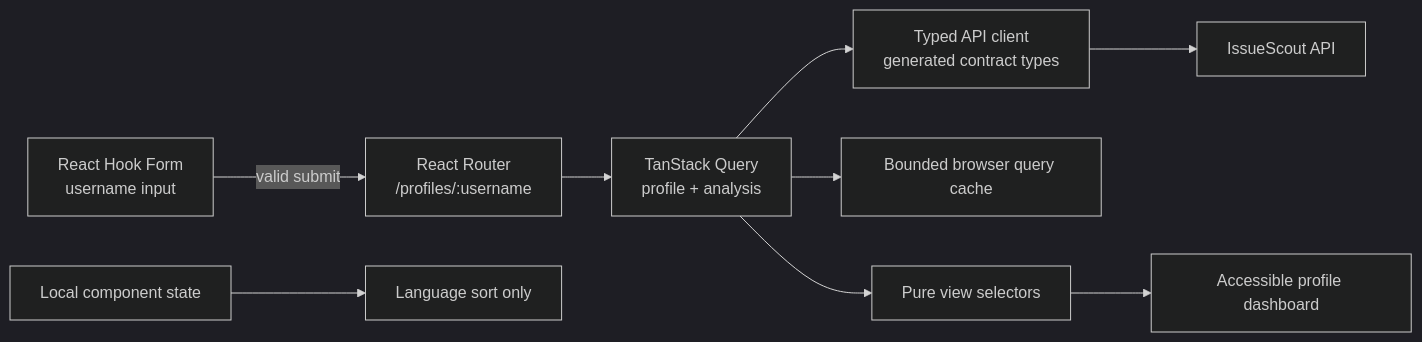
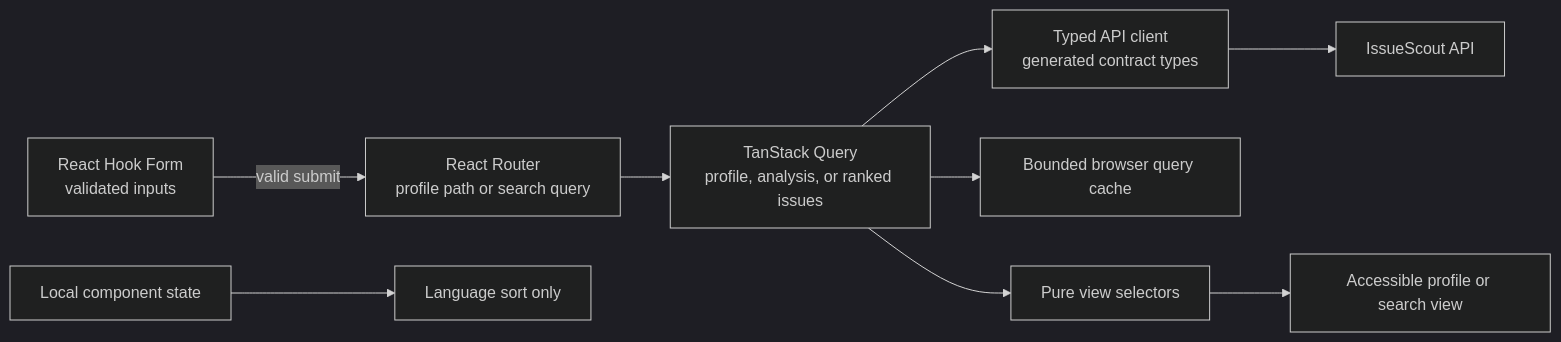
The first of 2 diagrams in docs/frontend.md (tensho1026/github-issue-search), drawn with Mermaid (dark theme) before and after one commit. The commit also changed other lines of this file and 2 other files, not shown here.

Commit message:
test(web): verify issue search history and layout

````diff
--- a/docs/frontend.md
+++ b/docs/frontend.md
@@ -9,11 +9,11 @@
 ```mermaid
 flowchart LR
-    Form["React Hook Form<br/>username input"] -->|valid submit| URL["React Router<br/>/profiles/:username"]
-    URL --> Queries["TanStack Query<br/>profile + analysis"]
+    Form["React Hook Form<br/>validated inputs"] -->|valid submit| URL["React Router<br/>profile path or search query"]
+    URL --> Queries["TanStack Query<br/>profile, analysis, or ranked issues"]
     Queries --> Client["Typed API client<br/>generated contract types"]
     Client --> API["IssueScout API"]
     Queries --> Cache["Bounded browser query cache"]
     Queries --> View["Pure view selectors"]
-    View --> Dashboard["Accessible profile dashboard"]
+    View --> Dashboard["Accessible profile or search view"]
     Local["Local component state"] --> Sort["Language sort only"]
 ```
````
